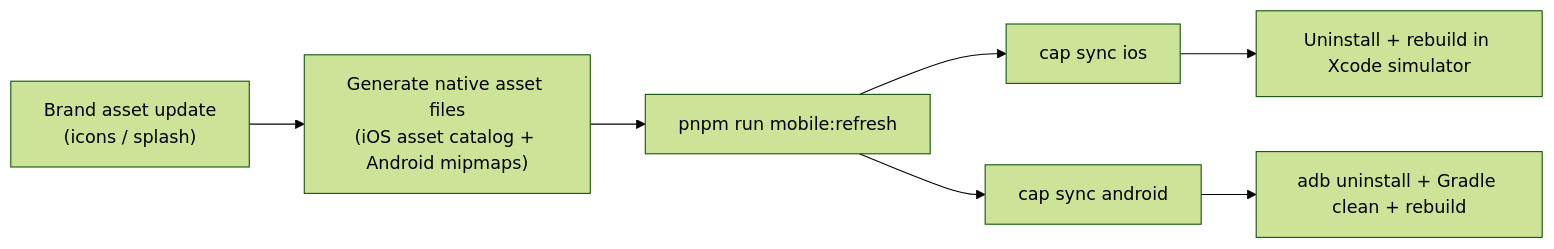
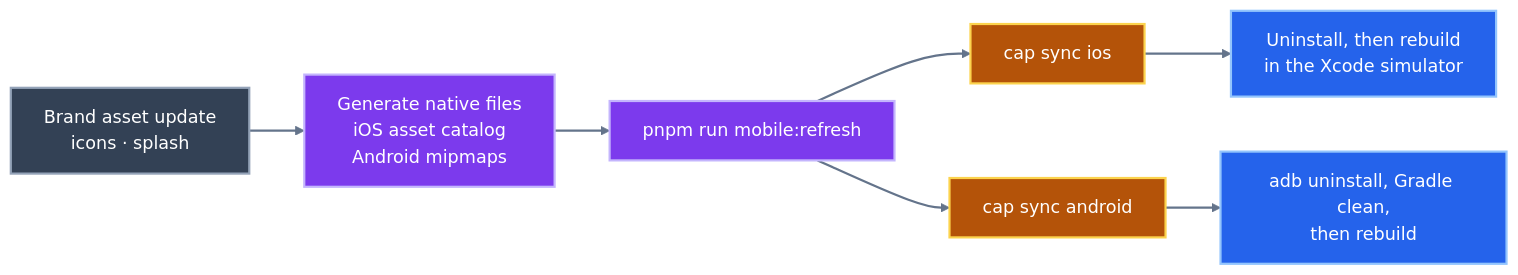
One commit to nrajesh/vaulted.money changed the sixth of 12 diagrams in documentation/ARCHITECTURE.md. Above: the diagram before and after it, drawn with Mermaid (forest theme). The commit also changed other lines of this file and 4 other files, not shown here.

First line of the commit message:
Refresh README and architecture docs, add documentation map

````diff
--- a/documentation/ARCHITECTURE.md
+++ b/documentation/ARCHITECTURE.md
@@ -244,9 +226,14 @@
 ```mermaid
 flowchart LR
-    A["Brand asset update<br/>(icons / splash)"] --> B["Generate native asset files<br/>(iOS asset catalog + Android mipmaps)"]
-    B --> C["pnpm run mobile:refresh"]
-    C --> D["cap sync ios"]
-    C --> E["cap sync android"]
-    D --> F["Uninstall + rebuild in Xcode simulator"]
-    E --> G["adb uninstall + Gradle clean + rebuild"]
+    A["Brand asset update<br/>icons · splash"]:::out --> B["Generate native files<br/>iOS asset catalog<br/>Android mipmaps"]:::logic
+    B --> C["pnpm run mobile:refresh"]:::logic
+    C --> D["cap sync ios"]:::native
+    C --> E["cap sync android"]:::native
+    D --> F["Uninstall, then rebuild<br/>in the Xcode simulator"]:::ui
+    E --> G["adb uninstall, Gradle clean,<br/>then rebuild"]:::ui
+    classDef ui fill:#2563eb,stroke:#93c5fd,stroke-width:2px,color:#ffffff
+    classDef logic fill:#7c3aed,stroke:#c4b5fd,stroke-width:2px,color:#ffffff
+    classDef native fill:#b45309,stroke:#fcd34d,stroke-width:2px,color:#ffffff
+    classDef out fill:#334155,stroke:#94a3b8,stroke-width:2px,color:#ffffff
+    linkStyle default stroke:#64748b,stroke-width:2px
 ```
````
